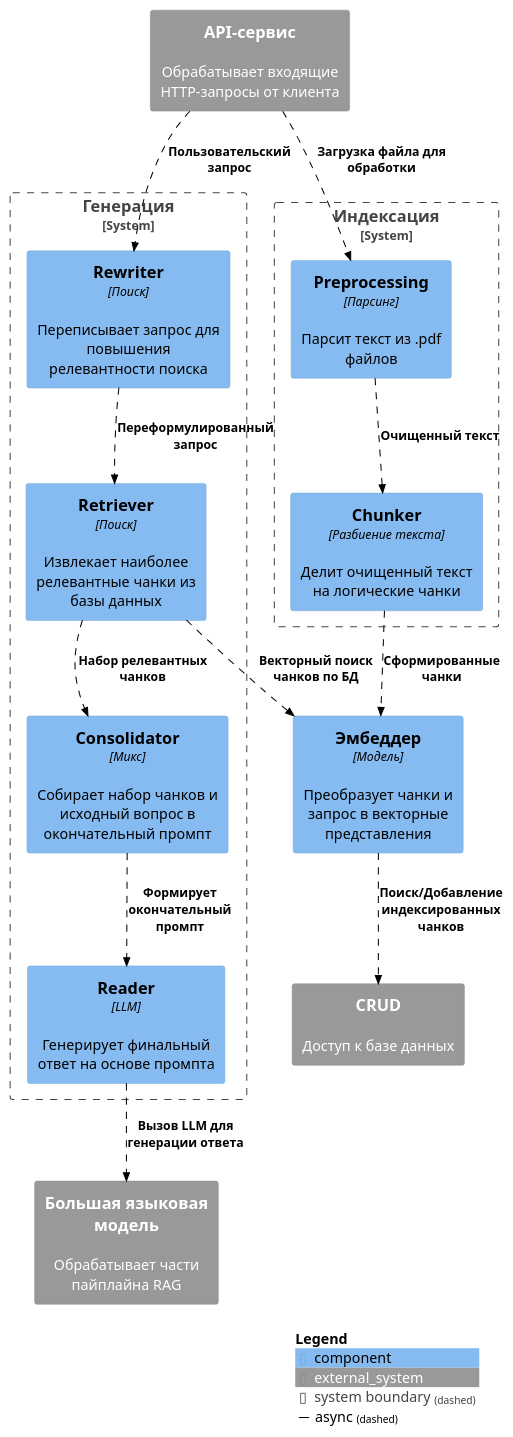
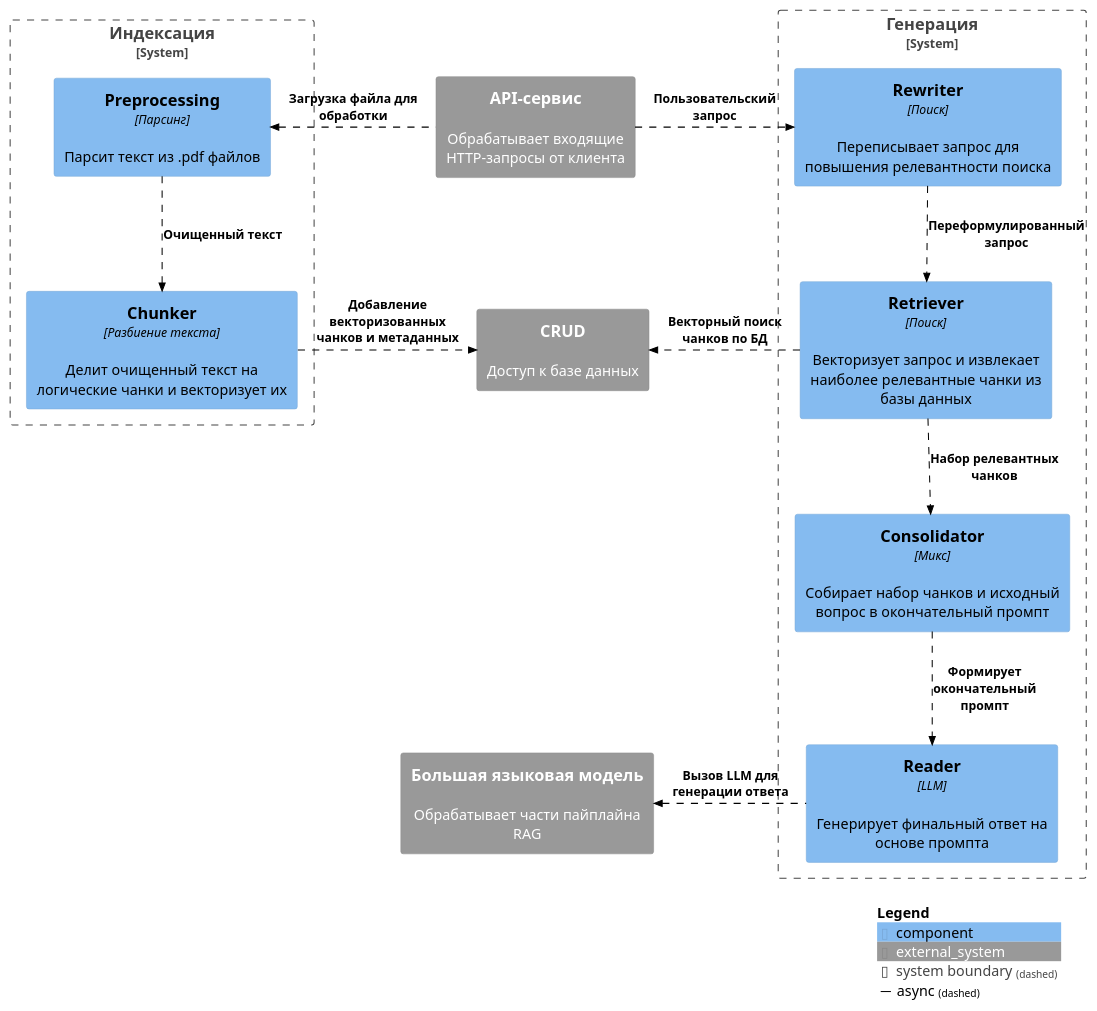
Before and after one commit to Syrenny/educ: the diagram in diagrams/c4_rag.puml, drawn with PlantUML. The commit also changed 3 other files, not shown here.

Commit message:
Update c4-diagrams

```diff
--- a/diagrams/c4_rag.puml
+++ b/diagrams/c4_rag.puml
@@ -1,44 +1,41 @@
 @startuml RAG
 !includeurl https://raw.githubusercontent.com/plantuml-stdlib/C4-PlantUML/master/C4_Component.puml
 
 AddElementTag("async", $fontColor="black")
 AddRelTag("async", $textColor="black", $lineColor="black", $lineStyle = DashedLine())
 
-skinparam wrapWidth 180
+skinparam wrapWidth 250
 LAYOUT_WITH_LEGEND()
 LAYOUT_TOP_DOWN()
 
 System_Boundary(rag_gen, "Генерация") {
     Component(rewriter, "Rewriter", "Поиск", "Переписывает запрос для повышения релевантности поиска")
-    Component(retriever, "Retriever", "Поиск", "Извлекает наиболее релевантные чанки из базы данных")
+    Component(retriever, "Retriever", "Поиск", "Векторизует запрос и извлекает наиболее релевантные чанки из базы данных")
     Component(consolidator, "Consolidator", "Микс", "Собирает набор чанков и исходный вопрос в окончательный промпт")
     Component(reader, "Reader", "LLM", "Генерирует финальный ответ на основе промпта")
 }
 
 System_Boundary(rag_index, "Индексация") {
     Component(preprocess, "Preprocessing", "Парсинг", "Парсит текст из .pdf файлов")
-    Component(chunker, "Chunker", "Разбиение текста", "Делит очищенный текст на логические чанки")
+    Component(chunker, "Chunker", "Разбиение текста", "Делит очищенный текст на логические чанки и векторизует их")
 }
-
-Component(embedding, "Эмбеддер", "Модель", "Преобразует чанки и запрос в векторные представления")
 
 System_Ext(db_client, "CRUD", "Доступ к базе данных")
 System_Ext(api, "API-сервис", "Обрабатывает входящие HTTP-запросы от клиента")
 System_Ext(llm_api, "Большая языковая модель", "Обрабатывает части пайплайна RAG")
 
 ' Индексация
-Rel_D(api, preprocess, "Загрузка файла для обработки", $tags="async")
+Rel_L(api, preprocess, "Загрузка файла для обработки", $tags="async")
 Rel_D(preprocess, chunker, "Очищенный текст", $tags="async")
-Rel(chunker, embedding, "Сформированные чанки", $tags="async")
-Rel_D(embedding, db_client, "Поиск/Добавление индексированных чанков", $tags="async")
+Rel_R(chunker, db_client, "Добавление векторизованных чанков и метаданных", $tags="async")
 
 ' Генерация
-Rel_D(api, rewriter, "Пользовательский запрос", $tags="async")
+Rel_R(api, rewriter, "Пользовательский запрос", $tags="async")
 Rel_D(rewriter, retriever, "Переформулированный запрос", $tags="async")
-Rel_D(retriever, embedding, "Векторный поиск чанков по БД", $tags="async")
+Rel_R(retriever, db_client, "Векторный поиск чанков по БД", $tags="async")
 Rel_D(retriever, consolidator, "Набор релевантных чанков", $tags="async")
-Rel(consolidator, reader, "Формирует окончательный промпт", $tags="async")
-Rel(reader, llm_api, "Вызов LLM для генерации ответа", $tags="async")
+Rel_D(consolidator, reader, "Формирует окончательный промпт", $tags="async")
+Rel_L(reader, llm_api, "Вызов LLM для генерации ответа", $tags="async")
 
 SHOW_LEGEND()
 @enduml
```
